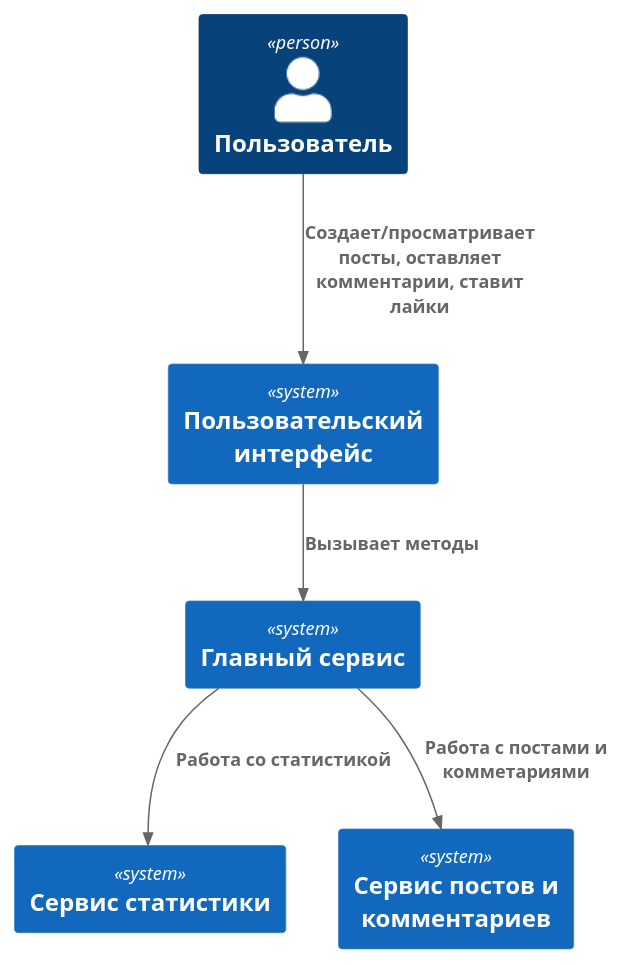
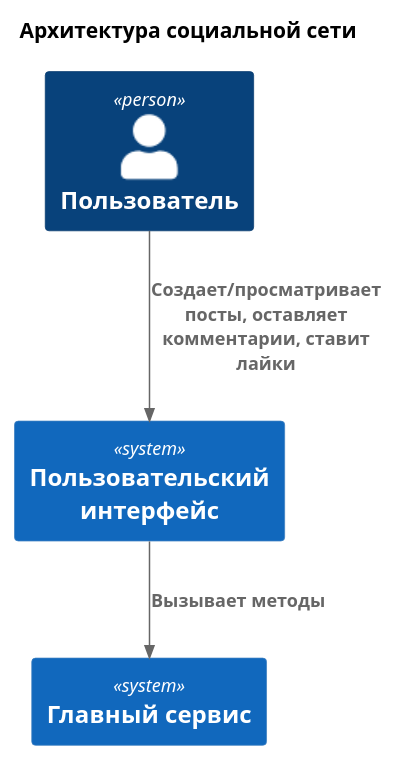
The diagram in doc/c4-diagrams/c4-context-code.puml (randnull/service-oriented-designs-Kirill-Goryunov), drawn with PlantUML before and after one commit. The commit also changed 3 other files, not shown here.

```diff
--- a/doc/c4-diagrams/c4-context-code.puml
+++ b/doc/c4-diagrams/c4-context-code.puml
@@ -1,20 +1,19 @@
 @startuml C4_context
 !include https://raw.githubusercontent.com/plantuml-stdlib/C4-PlantUML/master/C4_Container.puml
+
+
+title Архитектура социальной сети
 
 ' Пользователи
 Person(User, "Пользователь")
 
 'Интерфейс
 System(interface, "Пользовательский интерфейс")
 
 ' Контейнеры
 System(main_service, "Главный сервис")
-System(statistic_service, "Сервис статистики")
-System(post_service, "Сервис постов и комментариев")
 
 ' Связи
 Rel(User, interface, "Создает/просматривает посты, оставляет комментарии, ставит лайки")
 Rel(interface, main_service, "Вызывает методы")
-Rel(main_service, statistic_service, "Работа со статистикой")
-Rel(main_service, post_service, "Работа с постами и комметариями")
 @enduml
```
